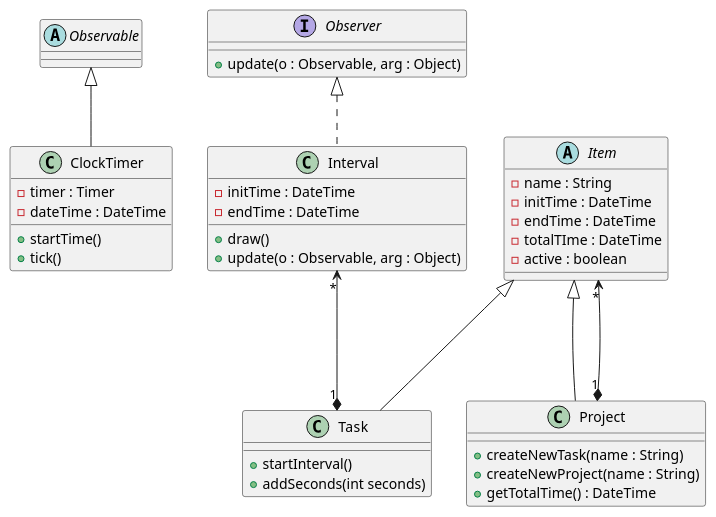
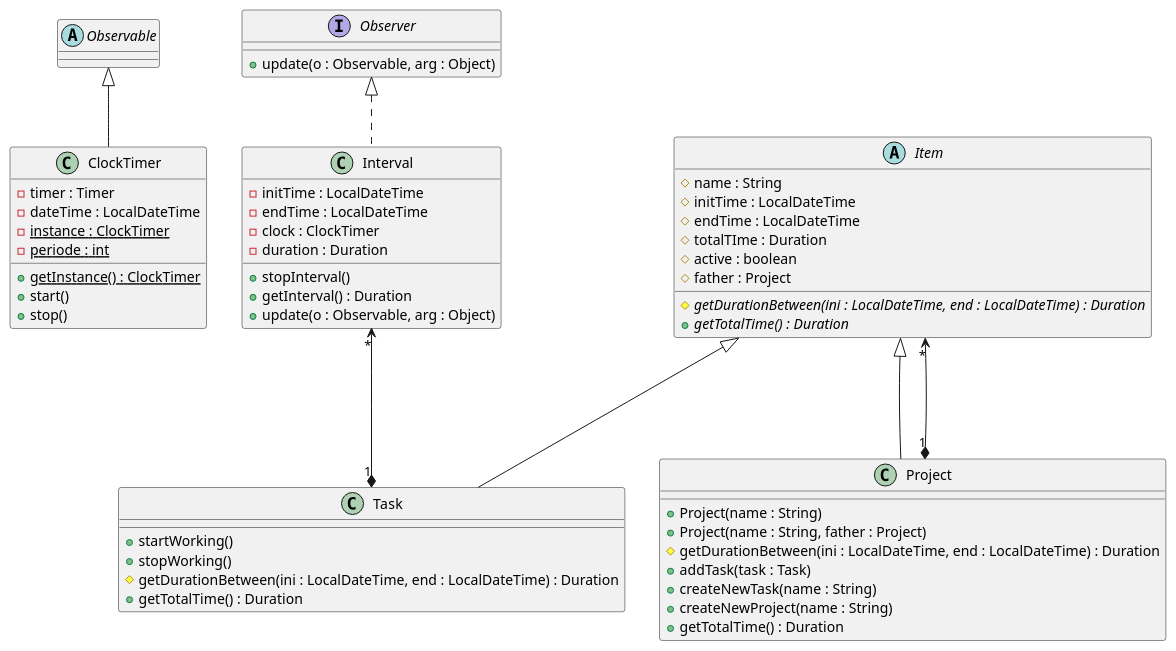
Before and after one commit to ewyalcuadrao/DS_practica: the diagram in diagrama_TimeTracker.puml, drawn with PlantUML.

```diff
--- a/diagrama_TimeTracker.puml
+++ b/diagrama_TimeTracker.puml
@@ -1,50 +1,65 @@
 @startuml
 abstract Observable{
 
 }
 
 interface Observer{
 + update(o : Observable, arg : Object)
 }
 
 abstract Item{
-- name : String
-- initTime : DateTime
-- endTime : DateTime
-- totalTIme : DateTime
-- active : boolean
+# name : String
+# initTime : LocalDateTime
+# endTime : LocalDateTime
+# totalTIme : Duration
+# active : boolean
+# father : Project
+# {abstract} getDurationBetween(ini : LocalDateTime, end : LocalDateTime) : Duration
++ {abstract} getTotalTime() : Duration
 }
 
 
 class Project{
++ Project(name : String)
++ Project(name : String, father : Project)
+# getDurationBetween(ini : LocalDateTime, end : LocalDateTime) : Duration
++ addTask(task : Task)
 + createNewTask(name : String)
 + createNewProject(name : String)
-+ getTotalTime() : DateTime
++ getTotalTime() : Duration
 }
 
 class Task{
-+ startInterval()
-+ addSeconds(int seconds)
++ startWorking()
++ stopWorking()
+# getDurationBetween(ini : LocalDateTime, end : LocalDateTime) : Duration
++ getTotalTime() : Duration
 }
 
 class Interval{
-- initTime : DateTime
-- endTime : DateTime
-+ draw()
+- initTime : LocalDateTime
+- endTime : LocalDateTime
+- clock : ClockTimer
+- duration : Duration
++ stopInterval()
++ getInterval() : Duration
 + update(o : Observable, arg : Object)
 }
 
 class ClockTimer{
 - timer : Timer
-- dateTime : DateTime
-+ startTime()
-+ tick()
+- dateTime : LocalDateTime
+- {static} instance : ClockTimer
+- {static} periode : int
++ {static} getInstance() : ClockTimer
++ start()
++ stop()
 }
 
 Item <|--- Project
 Item <|--- Task
 Item "*"<---*"1" Project
 Interval "*"<---*"1" Task
 Observer <|.. Interval
 Observable <|-- ClockTimer
 @enduml
```
